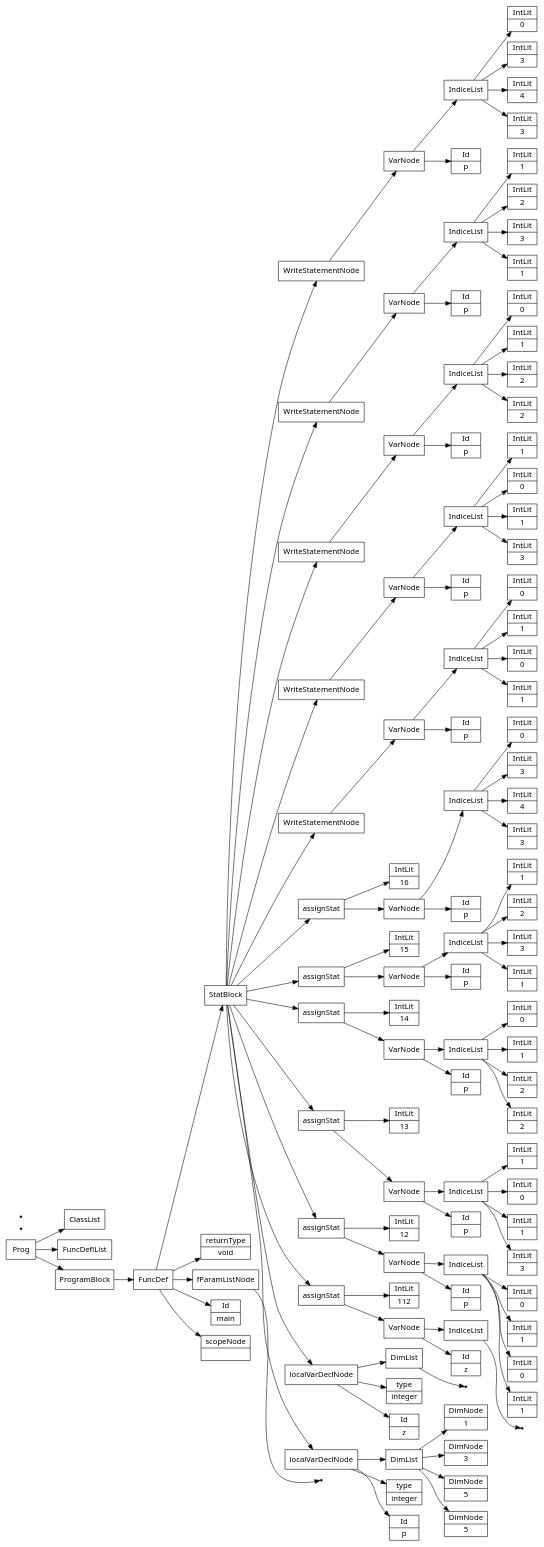
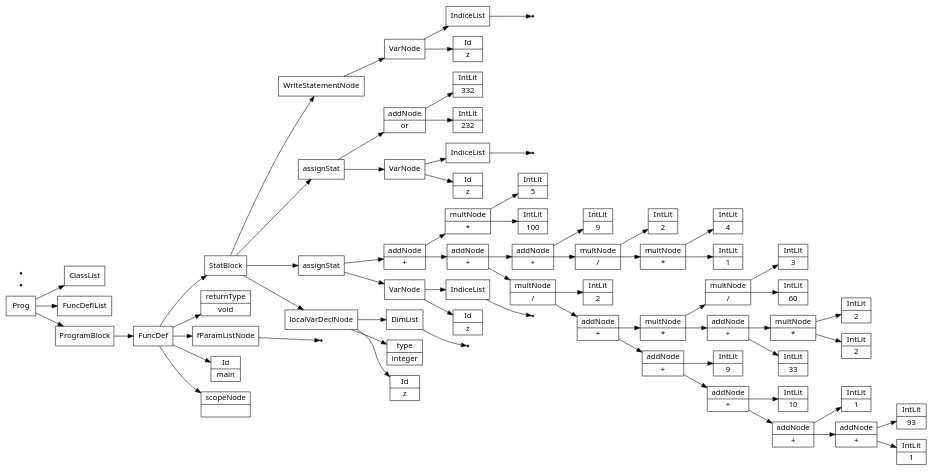
One commit to Saf1u/Kompiler changed the diagram in files/semantictests/testc.src.ast.dot. Above: the diagram before and after it, drawn with Graphviz. The commit also changed 8 other files, not shown here.

```diff
--- a/files/semantictests/testc.src.ast.dot
+++ b/files/semantictests/testc.src.ast.dot
@@ -6,230 +6,134 @@
 4[label="fParamListNode"];
 4->none3;
 5[label="returnType|void"];
-7[label="Id|p"];
+7[label="Id|z"];
 8[label="type|integer"];
-10[label="DimNode|5"];
-11[label="DimNode|5"];
-12[label="DimNode|3"];
-13[label="DimNode|1"];
-14[label="DimList"];
-14->13;
-14->12;
-14->11;
-14->10;
-15[label="localVarDeclNode"];
-15->14;
-15->8;
-15->7;
-16[label="Id|z"];
-17[label="type|integer"];
-none19[shape="point"];
-20[label="DimList"];
-20->none19;
-21[label="localVarDeclNode"];
-21->20;
-21->17;
-21->16;
-22[label="Id|z"];
-none24[shape="point"];
-25[label="IndiceList"];
-25->none24;
-26[label="VarNode"];
-26->25;
-26->22;
-27[label="IntLit|112"];
-28[label="assignStat"];
-28->27;
-28->26;
-29[label="Id|p"];
-31[label="IntLit|1"];
-32[label="IntLit|0"];
-33[label="IntLit|1"];
-34[label="IntLit|0"];
-35[label="IndiceList"];
+none10[shape="point"];
+11[label="DimList"];
+11->none10;
+12[label="localVarDeclNode"];
+12->11;
+12->8;
+12->7;
+13[label="Id|z"];
+none15[shape="point"];
+16[label="IndiceList"];
+16->none15;
+17[label="VarNode"];
+17->16;
+17->13;
+18[label="IntLit|1"];
+19[label="addNode|+"];
+20[label="IntLit|93"];
+19->20;
+19->18;
+21[label="addNode|+"];
+22[label="IntLit|1"];
+21->22;
+21->19;
+23[label="addNode|+"];
+24[label="IntLit|10"];
+23->24;
+23->21;
+25[label="addNode|+"];
+26[label="IntLit|9"];
+25->26;
+25->23;
+27[label="addNode|+"];
+28[label="IntLit|33"];
+29[label="addNode|+"];
+30[label="IntLit|2"];
+31[label="multNode|*"];
+32[label="IntLit|2"];
+31->32;
+31->30;
+29->31;
+29->28;
+33[label="multNode|*"];
+34[label="IntLit|60"];
+35[label="multNode|/"];
+36[label="IntLit|3"];
+35->36;
 35->34;
-35->33;
-35->32;
-35->31;
-36[label="VarNode"];
-36->35;
-36->29;
-37[label="IntLit|12"];
-38[label="assignStat"];
-38->37;
-38->36;
-39[label="Id|p"];
-41[label="IntLit|3"];
-42[label="IntLit|1"];
-43[label="IntLit|0"];
-44[label="IntLit|1"];
-45[label="IndiceList"];
-45->44;
+33->35;
+33->29;
+27->33;
+27->25;
+37[label="multNode|/"];
+38[label="IntLit|2"];
+37->38;
+37->27;
+39[label="addNode|+"];
+40[label="IntLit|1"];
+41[label="multNode|*"];
+42[label="IntLit|4"];
+41->42;
+41->40;
+43[label="multNode|/"];
+44[label="IntLit|2"];
+43->44;
+43->41;
+45[label="addNode|+"];
+46[label="IntLit|9"];
+45->46;
 45->43;
-45->42;
-45->41;
-46[label="VarNode"];
-46->45;
-46->39;
-47[label="IntLit|13"];
-48[label="assignStat"];
-48->47;
-48->46;
-49[label="Id|p"];
-51[label="IntLit|2"];
-52[label="IntLit|2"];
-53[label="IntLit|1"];
-54[label="IntLit|0"];
+39->45;
+39->37;
+47[label="addNode|+"];
+48[label="IntLit|100"];
+49[label="multNode|*"];
+50[label="IntLit|5"];
+49->50;
+49->48;
+47->49;
+47->39;
+51[label="assignStat"];
+51->47;
+51->17;
+52[label="Id|z"];
+none54[shape="point"];
 55[label="IndiceList"];
-55->54;
-55->53;
-55->52;
-55->51;
+55->none54;
 56[label="VarNode"];
 56->55;
-56->49;
-57[label="IntLit|14"];
-58[label="assignStat"];
+56->52;
+57[label="IntLit|232"];
+58[label="addNode|or"];
+59[label="IntLit|332"];
+58->59;
 58->57;
-58->56;
-59[label="Id|p"];
-61[label="IntLit|1"];
-62[label="IntLit|3"];
-63[label="IntLit|2"];
-64[label="IntLit|1"];
-65[label="IndiceList"];
+60[label="assignStat"];
+60->58;
+60->56;
+61[label="Id|z"];
+none63[shape="point"];
+64[label="IndiceList"];
+64->none63;
+65[label="VarNode"];
 65->64;
-65->63;
-65->62;
 65->61;
-66[label="VarNode"];
+66[label="WriteStatementNode"];
 66->65;
-66->59;
-67[label="IntLit|15"];
-68[label="assignStat"];
+67[label="StatBlock"];
+67->66;
+67->60;
+67->51;
+67->12;
+68[label="FuncDef"];
+0[label="Id|main"];
 68->67;
-68->66;
-69[label="Id|p"];
-71[label="IntLit|3"];
-72[label="IntLit|4"];
-73[label="IntLit|3"];
-74[label="IntLit|0"];
-75[label="IndiceList"];
-75->74;
-75->73;
-75->72;
-75->71;
-76[label="VarNode"];
-76->75;
-76->69;
-77[label="IntLit|16"];
-78[label="assignStat"];
-78->77;
-78->76;
-79[label="Id|p"];
-81[label="IntLit|1"];
-82[label="IntLit|0"];
-83[label="IntLit|1"];
-84[label="IntLit|0"];
-85[label="IndiceList"];
-85->84;
-85->83;
-85->82;
-85->81;
-86[label="VarNode"];
-86->85;
-86->79;
-87[label="WriteStatementNode"];
-87->86;
-88[label="Id|p"];
-90[label="IntLit|3"];
-91[label="IntLit|1"];
-92[label="IntLit|0"];
-93[label="IntLit|1"];
-94[label="IndiceList"];
-94->93;
-94->92;
-94->91;
-94->90;
-95[label="VarNode"];
-95->94;
-95->88;
-96[label="WriteStatementNode"];
-96->95;
-97[label="Id|p"];
-99[label="IntLit|2"];
-100[label="IntLit|2"];
-101[label="IntLit|1"];
-102[label="IntLit|0"];
-103[label="IndiceList"];
-103->102;
-103->101;
-103->100;
-103->99;
-104[label="VarNode"];
-104->103;
-104->97;
-105[label="WriteStatementNode"];
-105->104;
-106[label="Id|p"];
-108[label="IntLit|1"];
-109[label="IntLit|3"];
-110[label="IntLit|2"];
-111[label="IntLit|1"];
-112[label="IndiceList"];
-112->111;
-112->110;
-112->109;
-112->108;
-113[label="VarNode"];
-113->112;
-113->106;
-114[label="WriteStatementNode"];
-114->113;
-115[label="Id|p"];
-117[label="IntLit|3"];
-118[label="IntLit|4"];
-119[label="IntLit|3"];
-120[label="IntLit|0"];
-121[label="IndiceList"];
-121->120;
-121->119;
-121->118;
-121->117;
-122[label="VarNode"];
-122->121;
-122->115;
-123[label="WriteStatementNode"];
-123->122;
-124[label="StatBlock"];
-124->123;
-124->114;
-124->105;
-124->96;
-124->87;
-124->78;
-124->68;
-124->58;
-124->48;
-124->38;
-124->28;
-124->21;
-124->15;
-125[label="FuncDef"];
-0[label="Id|main"];
-125->124;
-125->5;
-125->4;
-125->0;
-125->1;
-126[label="ClassList"];
-127[label="FuncDeflList"];
-128[label="Prog"];
-129[label="ProgramBlock"];
-129->125;
-none130[shape="point"];
-none131[shape="point"];
-128->126;
-128->127;
-128->129;
+68->5;
+68->4;
+68->0;
+68->1;
+69[label="ClassList"];
+70[label="FuncDeflList"];
+71[label="Prog"];
+72[label="ProgramBlock"];
+72->68;
+none73[shape="point"];
+none74[shape="point"];
+71->69;
+71->70;
+71->72;
 }
```
